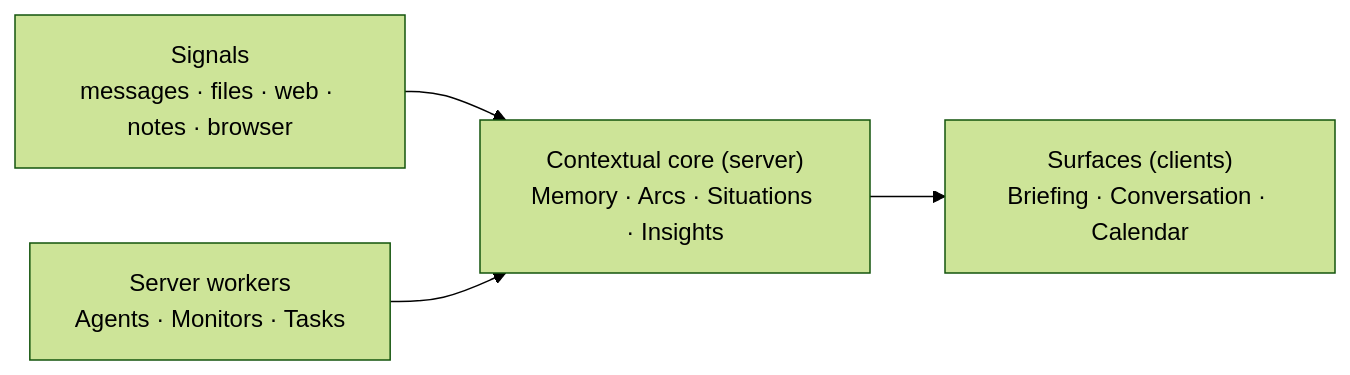
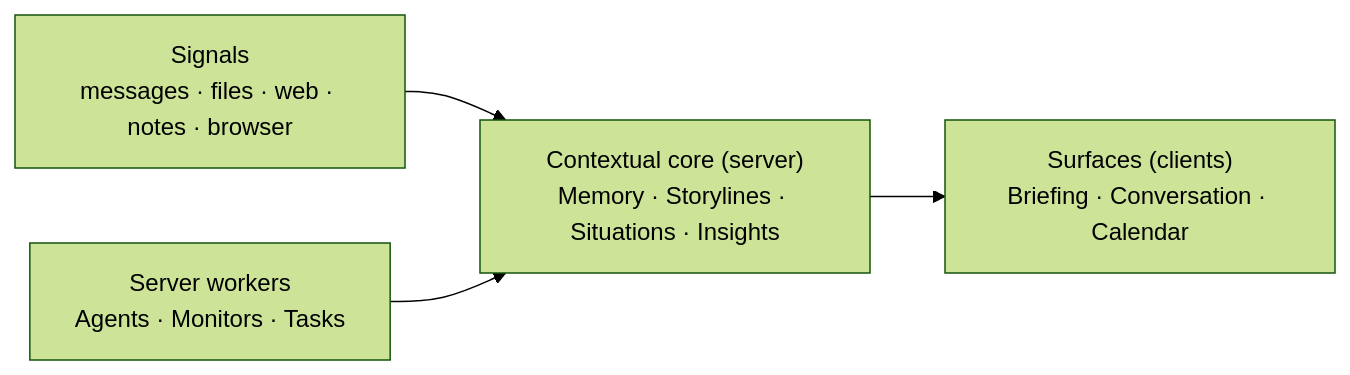
One commit to alex-oleshkevich/dailydrift changed the second of 2 diagrams in specs/overview.md. Above: the diagram before and after it, drawn with Mermaid (forest theme). The commit also changed other lines of this file and 2 other files, not shown here.

````diff
--- a/specs/overview.md
+++ b/specs/overview.md
@@ -122,6 +122,6 @@
 ```mermaid
 flowchart LR
     SIG["Signals<br/>messages · files · web · notes · browser"] --> CORE
     AUTO["Server workers<br/>Agents · Monitors · Tasks"] --> CORE
-    CORE["Contextual core (server)<br/>Memory · Arcs · Situations · Insights"] --> SURF["Surfaces (clients)<br/>Briefing · Conversation · Calendar"]
+    CORE["Contextual core (server)<br/>Memory · Storylines · Situations · Insights"] --> SURF["Surfaces (clients)<br/>Briefing · Conversation · Calendar"]
 ```
````
